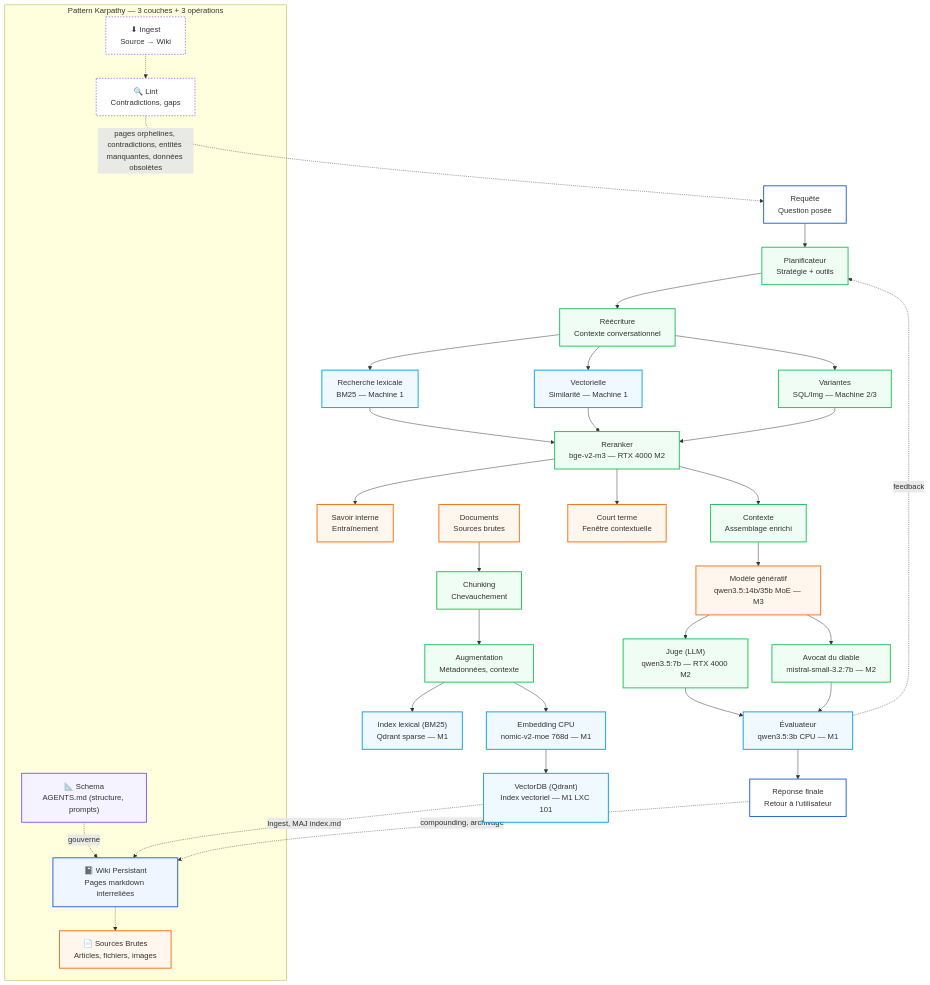
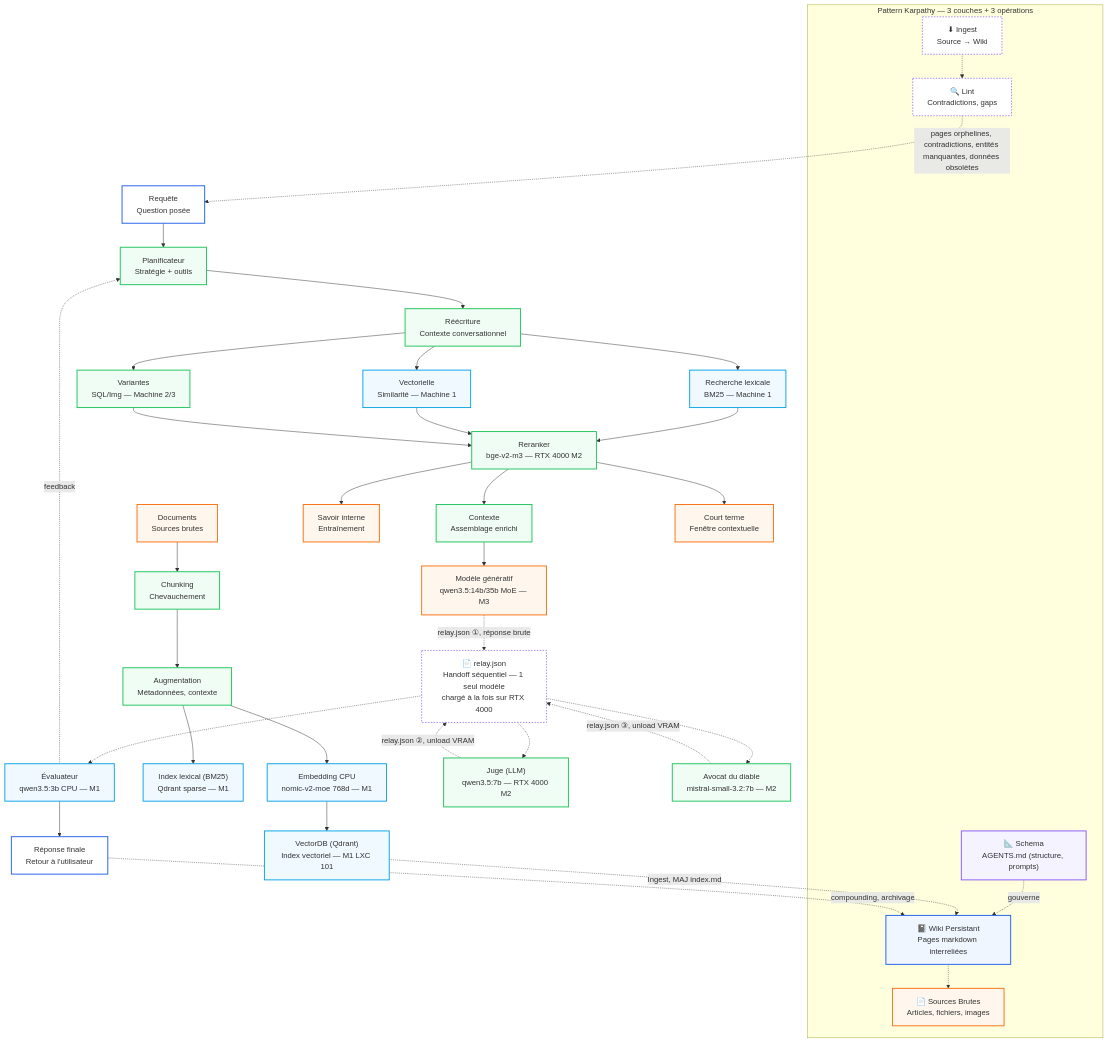
One commit to chelmooz/rag-multi-agent-cluster changed the first of 2 diagrams in docs/architecture.md. Above: the diagram before and after it, drawn with Mermaid. The commit also changed other lines of this file, not shown here.

Commit message:
docs(architecture): fix sequential Judge→Avocat flow via relay.json (RTX 4000 8GB constraint)

````diff
--- a/docs/architecture.md
+++ b/docs/architecture.md
@@ -7,70 +7,73 @@
 ```mermaid
 flowchart TB
     classDef schema fill:#f5f3ff,stroke:#8b5cf6,stroke-width:2px
     classDef wiki fill:#eff6ff,stroke:#2563eb,stroke-width:2px
     classDef src fill:#fff7ed,stroke:#f97316,stroke-width:2px
     classDef m1 fill:#f0f9ff,stroke:#0ea5e9,stroke-width:2px
     classDef m2 fill:#f0fdf4,stroke:#22c55e,stroke-width:2px
     classDef m3 fill:#fff7ed,stroke:#f97316,stroke-width:2px
     classDef op fill:#ffffff,stroke:#8b5cf6,stroke-width:1.5px,stroke-dasharray: 3 3
     classDef final fill:#ffffff,stroke:#2563eb,stroke-width:2px
 
     subgraph Karpathy["Pattern Karpathy — 3 couches + 3 opérations"]
         Schema["📐 Schema<br/>AGENTS.md (structure, prompts)"]:::schema
         WikiPersist["📓 Wiki Persistant<br/>Pages markdown interreliées"]:::wiki
         Sources["📄 Sources Brutes<br/>Articles, fichiers, images"]:::src
         Ingest["⬇ Ingest<br/>Source → Wiki"]:::op
         Lint["🔍 Lint<br/>Contradictions, gaps"]:::op
     end
 
     Documents["Documents<br/>Sources brutes"]:::src
     Chunking["Chunking<br/>Chevauchement"]:::m2
     Augment["Augmentation<br/>Métadonnées, contexte"]:::m2
     BM25["Index lexical (BM25)<br/>Qdrant sparse — M1"]:::m1
     EmbedCPU["Embedding CPU<br/>nomic-v2-moe 768d — M1"]:::m1
     VectorDB["VectorDB (Qdrant)<br/>Index vectoriel — M1 LXC 101"]:::m1
 
     Requete["Requête<br/>Question posée"]:::final
     Planif["Planificateur<br/>Stratégie + outils"]:::m2
     Rewrite["Réécriture<br/>Contexte conversationnel"]:::m2
     RechLex["Recherche lexicale<br/>BM25 — Machine 1"]:::m1
     RechVec["Vectorielle<br/>Similarité — Machine 1"]:::m1
     Variantes["Variantes<br/>SQL/Img — Machine 2/3"]:::m2
     Rerank["Reranker<br/>bge-v2-m3 — RTX 4000 M2"]:::m2
     SavoirInterne["Savoir interne<br/>Entraînement"]:::src
     Contexte["Contexte<br/>Assemblage enrichi"]:::m2
     CourtTerme["Court terme<br/>Fenêtre contextuelle"]:::src
     ModeleGen["Modèle génératif<br/>qwen3.5:14b/35b MoE — M3"]:::m3
     JugeLLM["Juge (LLM)<br/>qwen3.5:7b — RTX 4000 M2"]:::m2
     Avocat["Avocat du diable<br/>mistral-small-3.2:7b — M2"]:::m2
     Evaluateur["Évaluateur<br/>qwen3.5:3b CPU — M1"]:::m1
+    Relay["📄 relay.json<br/>Handoff séquentiel — 1 seul modèle<br/>chargé à la fois sur RTX 4000"]:::op
     ReponseFinale["Réponse finale<br/>Retour à l'utilisateur"]:::final
 
     Schema -.->|gouverne| WikiPersist -.-> Sources
     Ingest -.-> Lint
 
     Documents --> Chunking --> Augment
     Augment --> BM25
     Augment --> EmbedCPU --> VectorDB
     VectorDB -.->|Ingest, MAJ index.md| WikiPersist
 
     Requete --> Planif --> Rewrite
     Rewrite --> RechLex
     Rewrite --> RechVec
     Rewrite --> Variantes
     RechLex --> Rerank
     RechVec --> Rerank
     Variantes --> Rerank
     Rerank --> SavoirInterne
     Rerank --> Contexte
     Rerank --> CourtTerme
     Contexte --> ModeleGen
-    ModeleGen --> JugeLLM
-    ModeleGen --> Avocat
-    JugeLLM --> Evaluateur
-    Avocat --> Evaluateur
+    ModeleGen -.->|relay.json ①, réponse brute| Relay
+    Relay -.-> JugeLLM
+    JugeLLM -.->|relay.json ②, unload VRAM| Relay
+    Relay -.-> Avocat
+    Avocat -.->|relay.json ③, unload VRAM| Relay
+    Relay -.-> Evaluateur
     Evaluateur --> ReponseFinale
     Evaluateur -.->|feedback| Planif
     ReponseFinale -.->|compounding, archivage| WikiPersist
     Lint -.->|pages orphelines, contradictions, entités manquantes, données obsolètes| Requete
 ```
````
